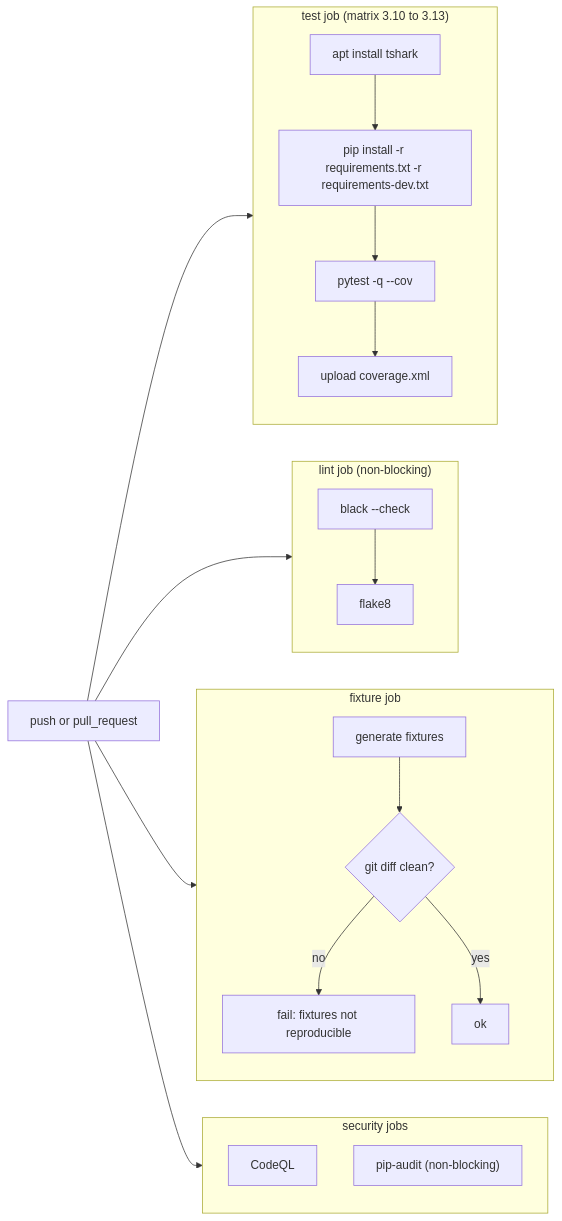
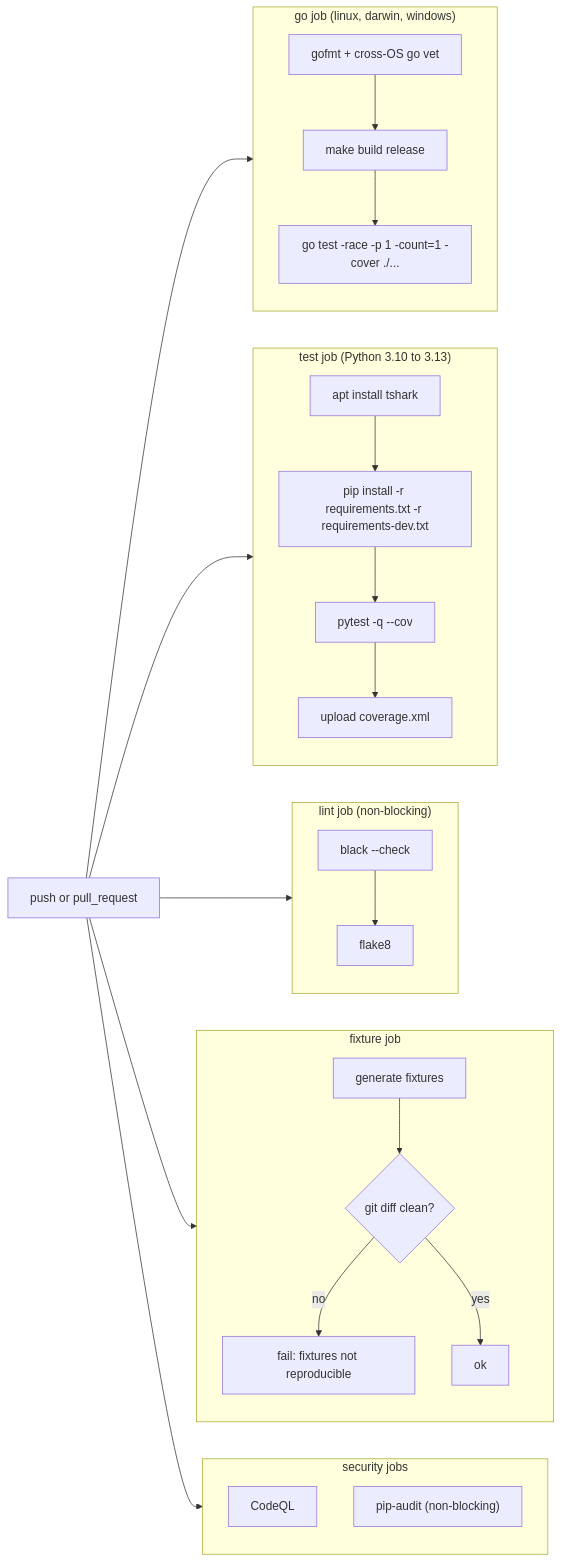
One commit to zombat/sonic changed the eighth of 8 diagrams in docs/ARCHITECTURE.md. Above: the diagram before and after it, drawn with Mermaid. The commit also changed other lines of this file and 7 other files, not shown here.

````diff
--- a/docs/ARCHITECTURE.md
+++ b/docs/ARCHITECTURE.md
@@ -302,28 +343,34 @@
 ```mermaid
 flowchart LR
-    PUSH["push or pull_request"] --> TEST
+    PUSH["push or pull_request"] --> GO
+    PUSH --> TEST
     PUSH --> LINT
     PUSH --> FIX
     PUSH --> SEC
 
-    subgraph TEST["test job (matrix 3.10 to 3.13)"]
+    subgraph GO["go job (linux, darwin, windows)"]
+        G1["gofmt + cross-OS go vet"] --> G2["make build release"]
+        G2 --> G3["go test -race -p 1 -count=1 -cover ./..."]
+    end
+
+    subgraph TEST["test job (Python 3.10 to 3.13)"]
         T1["apt install tshark"] --> T2["pip install -r requirements.txt -r requirements-dev.txt"]
         T2 --> T3["pytest -q --cov"]
         T3 --> T4["upload coverage.xml"]
     end
 
     subgraph LINT["lint job (non-blocking)"]
         L1["black --check"] --> L2["flake8"]
     end
 
     subgraph FIX["fixture job"]
         F1["generate fixtures"] --> F2{"git diff clean?"}
         F2 -- "no" --> F3["fail: fixtures not reproducible"]
         F2 -- "yes" --> F4["ok"]
     end
 
     subgraph SEC["security jobs"]
         S1["CodeQL"]
         S2["pip-audit (non-blocking)"]
     end
 ```
````
